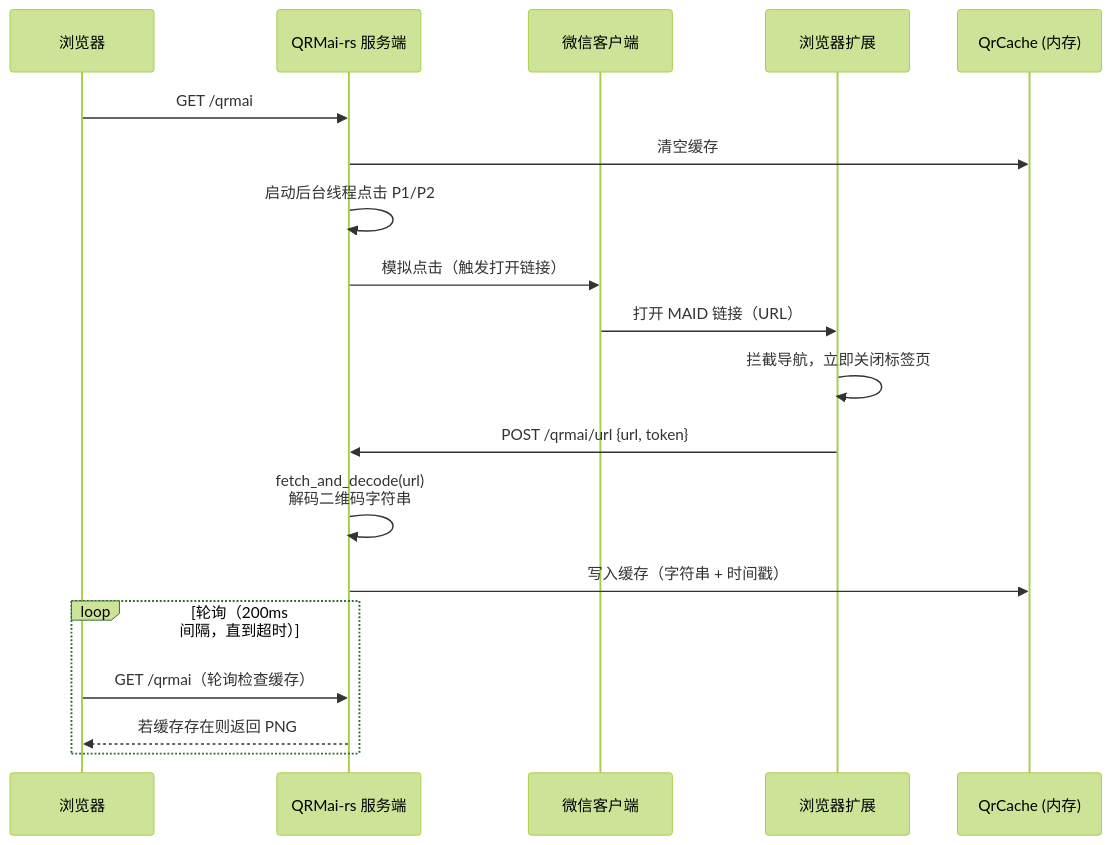
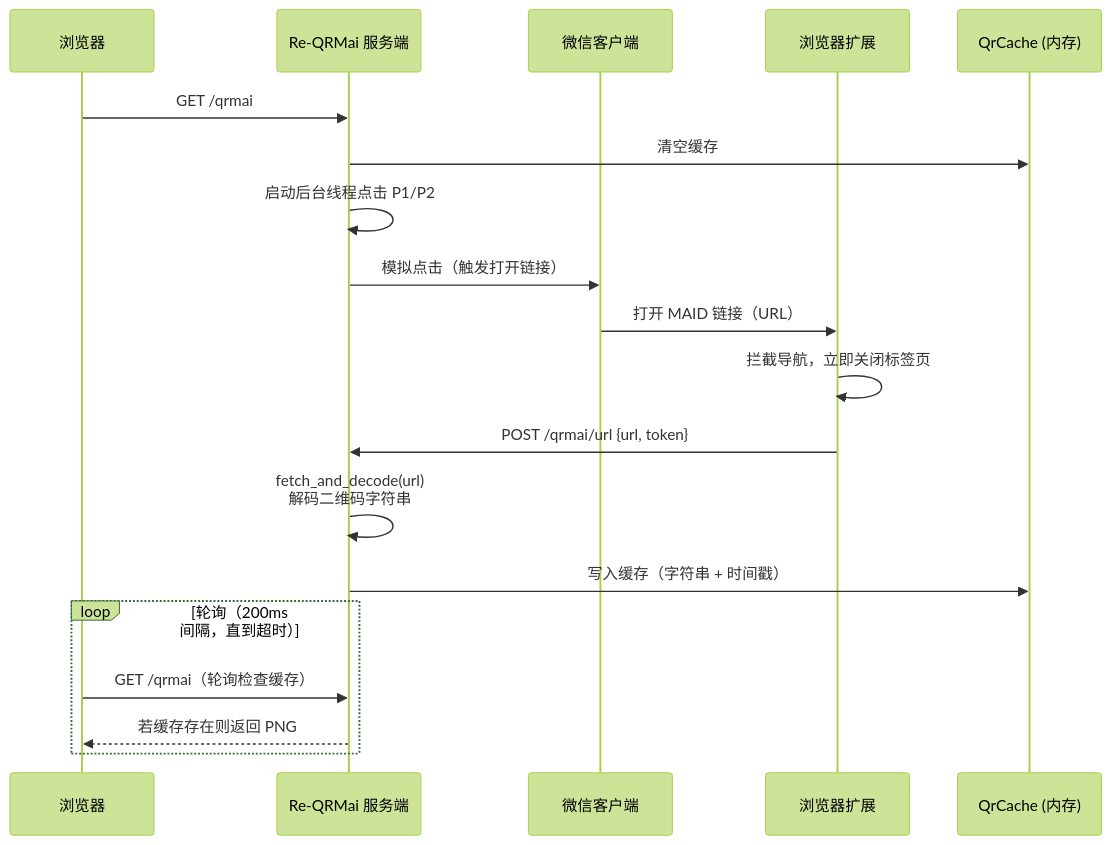
The second of 2 diagrams in README.md (naroxeno/Re-QRMai), drawn with Mermaid (forest theme) before and after one commit. The commit also changed other lines of this file and 9 other files, not shown here.

````diff
--- a/README.md
+++ b/README.md
@@ -117,22 +117,22 @@
 ```mermaid
 sequenceDiagram
     participant Browser as 浏览器
-    participant Server as QRMai-rs 服务端
+    participant Server as Re-QRMai 服务端
     participant Wechat as 微信客户端
     participant Ext as 浏览器扩展
     participant Cache as QrCache (内存)
 
     Browser->>Server: GET /qrmai
     Server->>Cache: 清空缓存
     Server->>Server: 启动后台线程点击 P1/P2
     Server->>Wechat: 模拟点击（触发打开链接）
     Wechat->>Ext: 打开 MAID 链接（URL）
     Ext->>Ext: 拦截导航，立即关闭标签页
     Ext->>Server: POST /qrmai/url {url, token}
     Server->>Server: fetch_and_decode(url)<br>解码二维码字符串
     Server->>Cache: 写入缓存（字符串 + 时间戳）
     loop 轮询（200ms 间隔，直到超时）
         Browser->>Server: GET /qrmai（轮询检查缓存）
         Server-->>Browser: 若缓存存在则返回 PNG
     end
 ```
````
